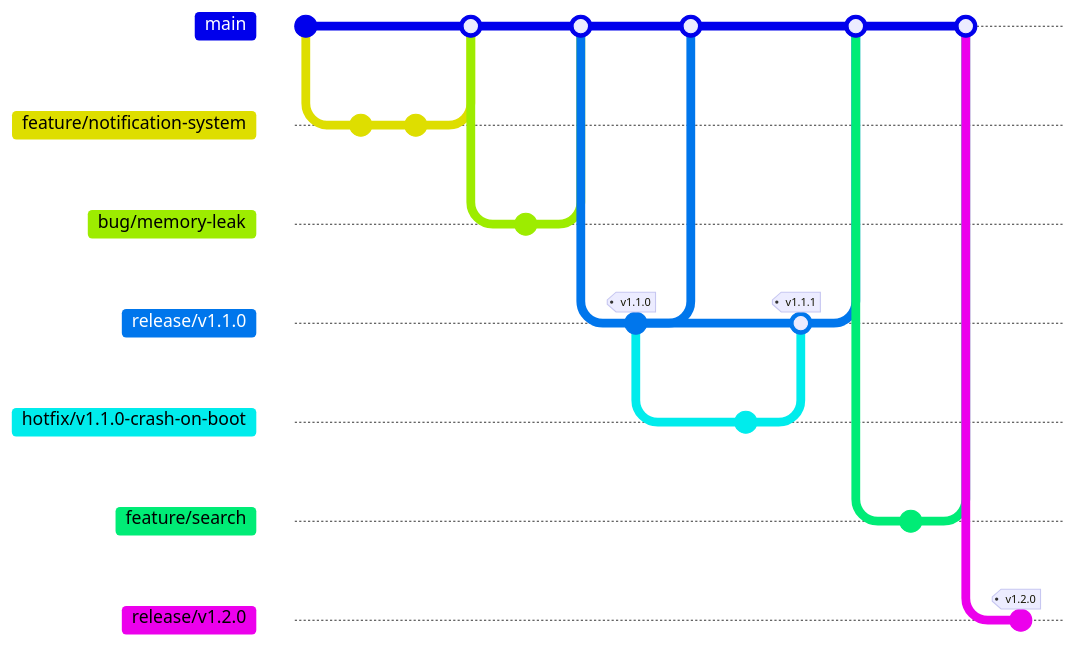
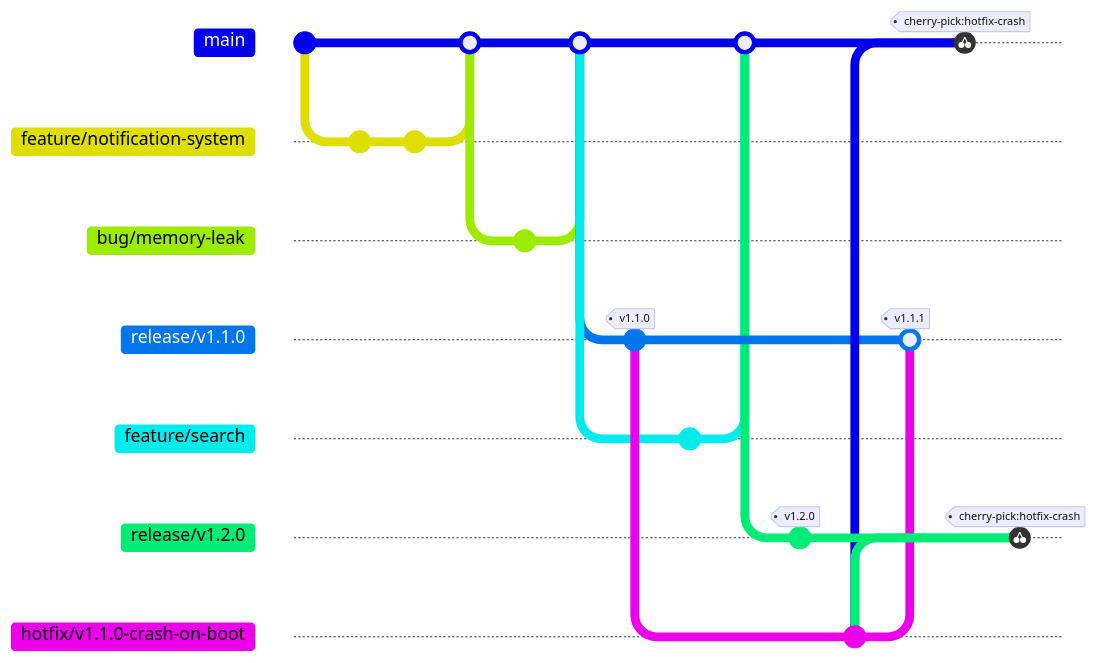
One commit to andrew54068/git-regulation changed the diagram in docs/hit-branch-strategy-and-github-manual.md. Above: the diagram before and after it, drawn with Mermaid. The commit also changed other lines of this file and 1 other file, not shown here. Commit ids are hidden.

First line of the commit message:
[refactor] Restore cherry-pick propagation to main and concurrent releases

````diff
--- a/docs/hit-branch-strategy-and-github-manual.md
+++ b/docs/hit-branch-strategy-and-github-manual.md
@@ -38,31 +38,32 @@
 ```mermaid
 %%{init: {'gitGraph': {'showCommitLabel': false, 'mainBranchName': 'main'}} }%%
 gitGraph
     commit
     branch "feature/notification-system"
     commit
     commit
     checkout main
     merge "feature/notification-system"
     branch "bug/memory-leak"
     commit
     checkout main
     merge "bug/memory-leak"
     branch "release/v1.1.0"
     commit tag: "v1.1.0"
     checkout main
-    merge "release/v1.1.0"
-    checkout "release/v1.1.0"
-    branch "hotfix/v1.1.0-crash-on-boot"
-    commit
-    checkout "release/v1.1.0"
-    merge "hotfix/v1.1.0-crash-on-boot" tag: "v1.1.1"
-    checkout main
-    merge "release/v1.1.0"
     branch "feature/search"
     commit
     checkout main
     merge "feature/search"
     branch "release/v1.2.0"
     commit tag: "v1.2.0"
+    checkout "release/v1.1.0"
+    branch "hotfix/v1.1.0-crash-on-boot"
+    commit id: "hotfix-crash"
+    checkout "release/v1.1.0"
+    merge "hotfix/v1.1.0-crash-on-boot" tag: "v1.1.1"
+    checkout main
+    cherry-pick id: "hotfix-crash"
+    checkout "release/v1.2.0"
+    cherry-pick id: "hotfix-crash"
 ```
````
